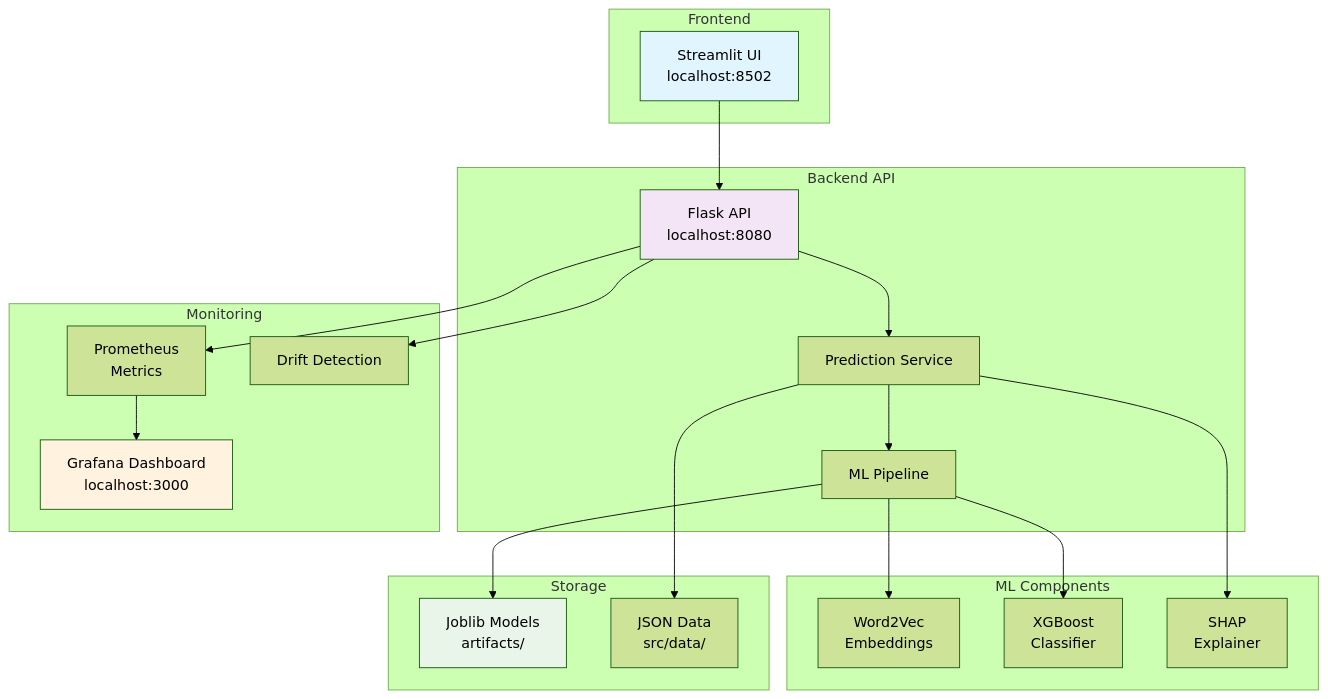
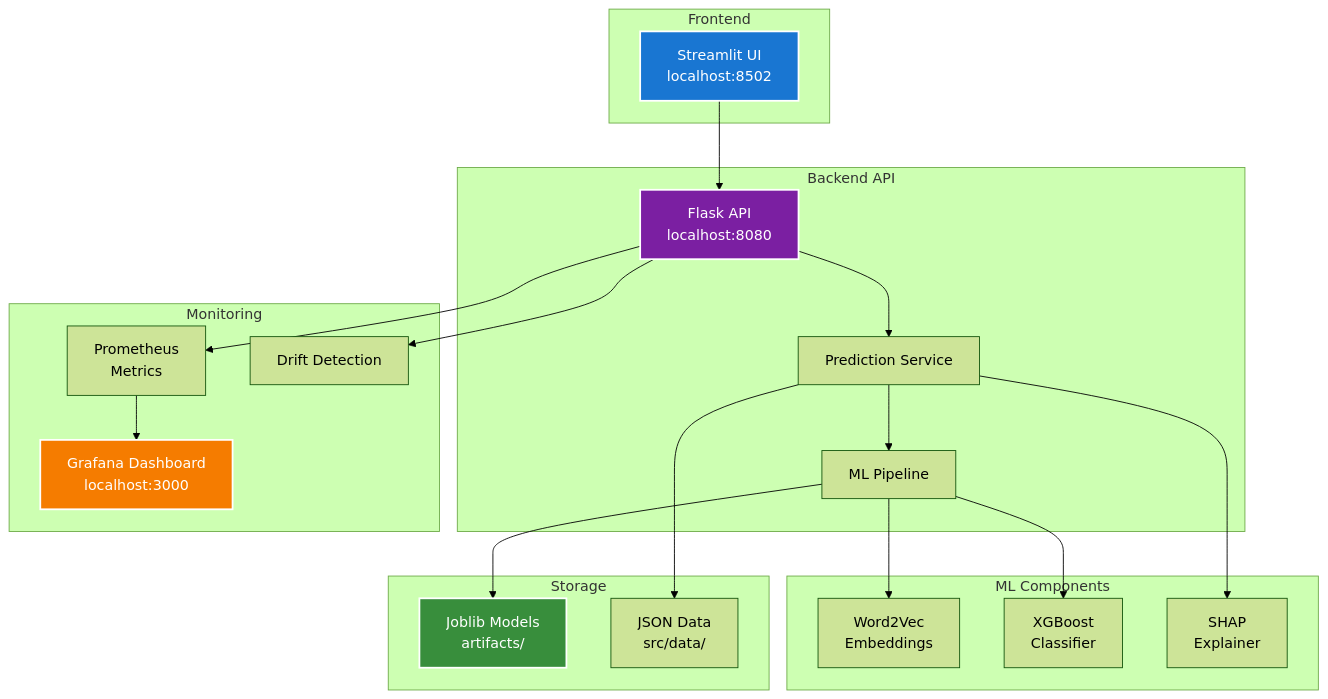
One commit to DOJesse/TechChallenge_Fase5 changed the diagram in readme.md. Above: the diagram before and after it, drawn with Mermaid (forest theme). The commit also changed 6 other files, not shown here.

````diff
--- a/readme.md
+++ b/readme.md
@@ -20,46 +20,46 @@
 ```mermaid
 graph TB
     subgraph "Frontend"
         A[Streamlit UI<br/>localhost:8502]
     end
     
     subgraph "Backend API"
         B[Flask API<br/>localhost:8080]
         C[Prediction Service]
         D[ML Pipeline]
     end
     
     subgraph "ML Components"
         E[Word2Vec<br/>Embeddings]
         F[XGBoost<br/>Classifier]
         G[SHAP<br/>Explainer]
     end
     
     subgraph "Monitoring"
         H[Prometheus<br/>Metrics]
         I[Grafana Dashboard<br/>localhost:3000]
         J[Drift Detection]
     end
     
     subgraph "Storage"
         K[Joblib Models<br/>artifacts/]
         L[JSON Data<br/>src/data/]
     end
     
     A --> B
     B --> C
     C --> D
     D --> E
     D --> F
     C --> G
     B --> H
     H --> I
     B --> J
     D --> K
     C --> L
     
-    style A fill:#e1f5fe
-    style B fill:#f3e5f5
-    style I fill:#fff3e0
-    style K fill:#e8f5e8
+    style A fill:#1976d2,stroke:#fff,stroke-width:2px,color:#fff
+    style B fill:#7b1fa2,stroke:#fff,stroke-width:2px,color:#fff
+    style I fill:#f57c00,stroke:#fff,stroke-width:2px,color:#fff
+    style K fill:#388e3c,stroke:#fff,stroke-width:2px,color:#fff
 ```
````
